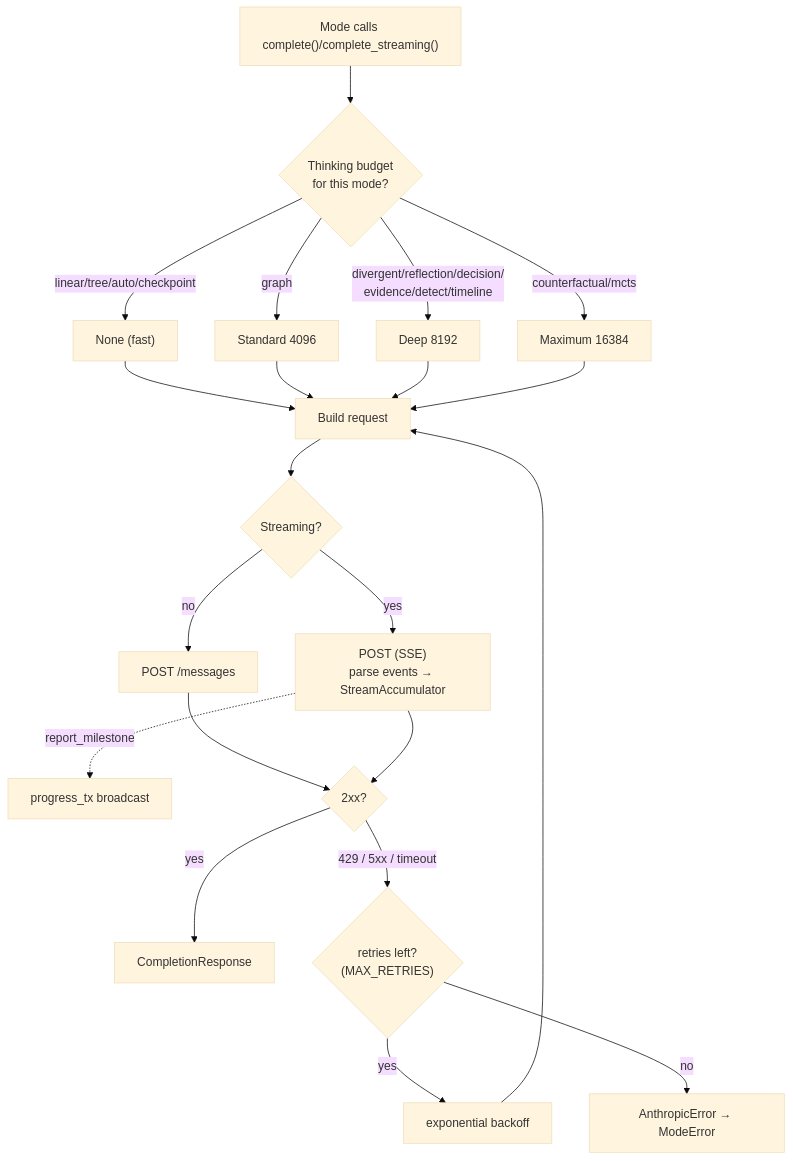
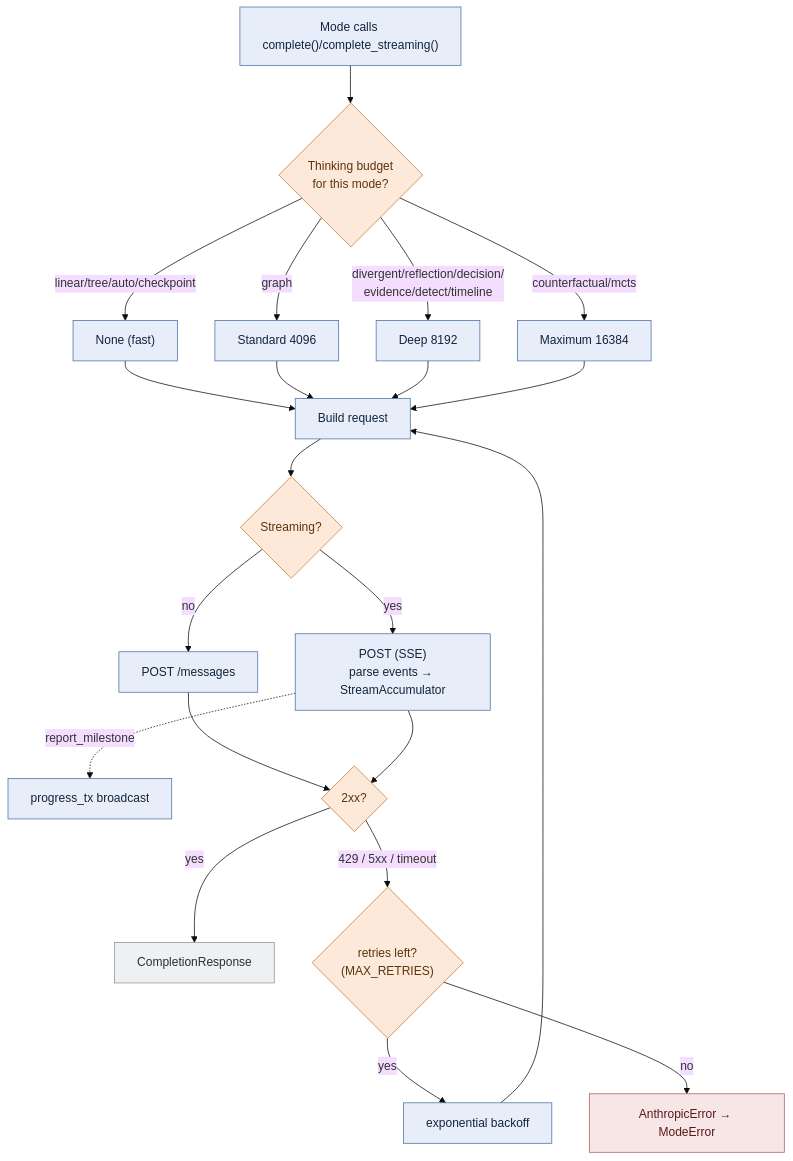
One commit to quanticsoul4772/mcp-reasoning changed the third of 8 diagrams in docs/reference/END_TO_END_FLOW.md. Above: the diagram before and after it, drawn with Mermaid (base theme). The commit also changed other lines of this file, not shown here.

First line of the commit message:
docs(flow): role-based color coding across the flowcharts (#181)

````diff
--- a/docs/reference/END_TO_END_FLOW.md
+++ b/docs/reference/END_TO_END_FLOW.md
@@ -105,25 +111,30 @@
 ```mermaid
 flowchart TD
-    Start["Mode calls complete()/complete_streaming()"] --> Budget{"Thinking budget<br/>for this mode?"}
-    Budget -->|"linear/tree/auto/checkpoint"| None["None (fast)"]
-    Budget -->|"graph"| Std["Standard 4096"]
-    Budget -->|"divergent/reflection/decision/<br/>evidence/detect/timeline"| Deep["Deep 8192"]
-    Budget -->|"counterfactual/mcts"| Max["Maximum 16384"]
+    Start["Mode calls complete()/complete_streaming()"]:::proc --> Budget{"Thinking budget<br/>for this mode?"}:::decision
+    Budget -->|"linear/tree/auto/checkpoint"| None["None (fast)"]:::proc
+    Budget -->|"graph"| Std["Standard 4096"]:::proc
+    Budget -->|"divergent/reflection/decision/<br/>evidence/detect/timeline"| Deep["Deep 8192"]:::proc
+    Budget -->|"counterfactual/mcts"| Max["Maximum 16384"]:::proc
 
     None --> Build
     Std --> Build
     Deep --> Build
-    Max --> Build["Build request"]
+    Max --> Build["Build request"]:::proc
 
-    Build --> Stream{"Streaming?"}
-    Stream -->|"no"| Post["POST /messages"]
-    Stream -->|"yes"| SSE["POST (SSE)<br/>parse events → StreamAccumulator"]
-    SSE -.->|"report_milestone"| Bus["progress_tx broadcast"]
+    Build --> Stream{"Streaming?"}:::decision
+    Stream -->|"no"| Post["POST /messages"]:::proc
+    Stream -->|"yes"| SSE["POST (SSE)<br/>parse events → StreamAccumulator"]:::proc
+    SSE -.->|"report_milestone"| Bus["progress_tx broadcast"]:::proc
 
-    Post --> Resp{"2xx?"}
+    Post --> Resp{"2xx?"}:::decision
     SSE --> Resp
-    Resp -->|"yes"| Done["CompletionResponse"]
-    Resp -->|"429 / 5xx / timeout"| Retry{"retries left?<br/>(MAX_RETRIES)"}
-    Retry -->|"yes"| Backoff["exponential backoff"] --> Build
-    Retry -->|"no"| Err["AnthropicError → ModeError"]
+    Resp -->|"yes"| Done["CompletionResponse"]:::term
+    Resp -->|"429 / 5xx / timeout"| Retry{"retries left?<br/>(MAX_RETRIES)"}:::decision
+    Retry -->|"yes"| Backoff["exponential backoff"]:::proc --> Build
+    Retry -->|"no"| Err["AnthropicError → ModeError"]:::guard
+
+    classDef proc fill:#e8eef9,stroke:#4a6fa5,color:#13243b
+    classDef decision fill:#fde9d9,stroke:#c47a2a,color:#5a3410
+    classDef term fill:#eef0f2,stroke:#8a93a0,color:#2a2f36
+    classDef guard fill:#f7e6e6,stroke:#b15a5a,color:#5a1818
 ```
````
